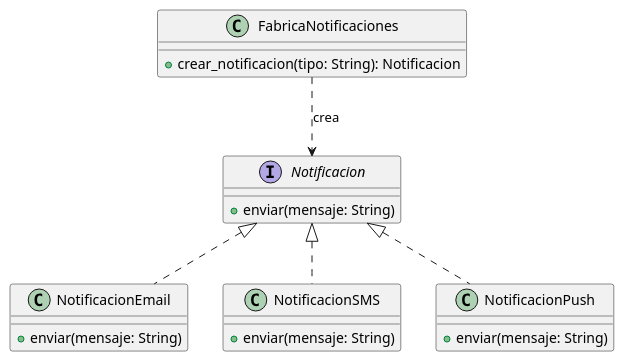
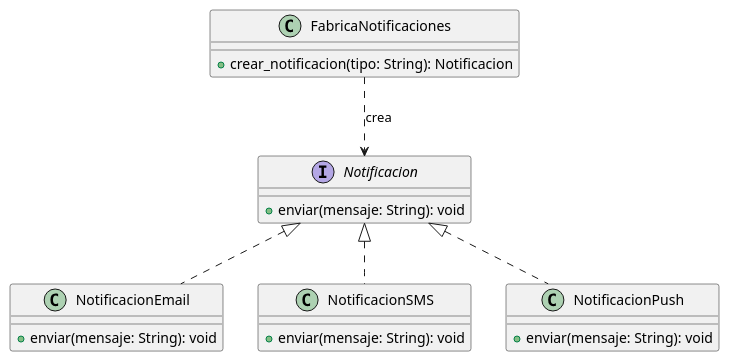
One commit to Leonardelli-FCEQYN/POO2-TrabajoGrupal changed the diagram in TrabajoGrupal/docs/DiagramaClases.puml. Above: the diagram before and after it, drawn with PlantUML.

Commit message:
Finalizacion diagrama de clases

```diff
--- a/TrabajoGrupal/docs/DiagramaClases.puml
+++ b/TrabajoGrupal/docs/DiagramaClases.puml
@@ -1,27 +1,28 @@
 @startuml Sist_Notificaciones
 interface Notificacion {
-    +enviar(mensaje: String)
+    +enviar(mensaje: String): void
 }
 
 class NotificacionEmail {
-    +enviar(mensaje: String)
+    +enviar(mensaje: String): void
 }
 
 class NotificacionSMS {
-    +enviar(mensaje: String)
+    +enviar(mensaje: String): void
 }
 
 class NotificacionPush {
-    +enviar(mensaje: String)
+    +enviar(mensaje: String): void
 }
 
 class FabricaNotificaciones {
     +crear_notificacion(tipo: String): Notificacion
 }
 
 Notificacion <|.. NotificacionEmail
 Notificacion <|.. NotificacionSMS
 Notificacion <|.. NotificacionPush
 
 FabricaNotificaciones ..> Notificacion : crea
+
 @enduml
```
